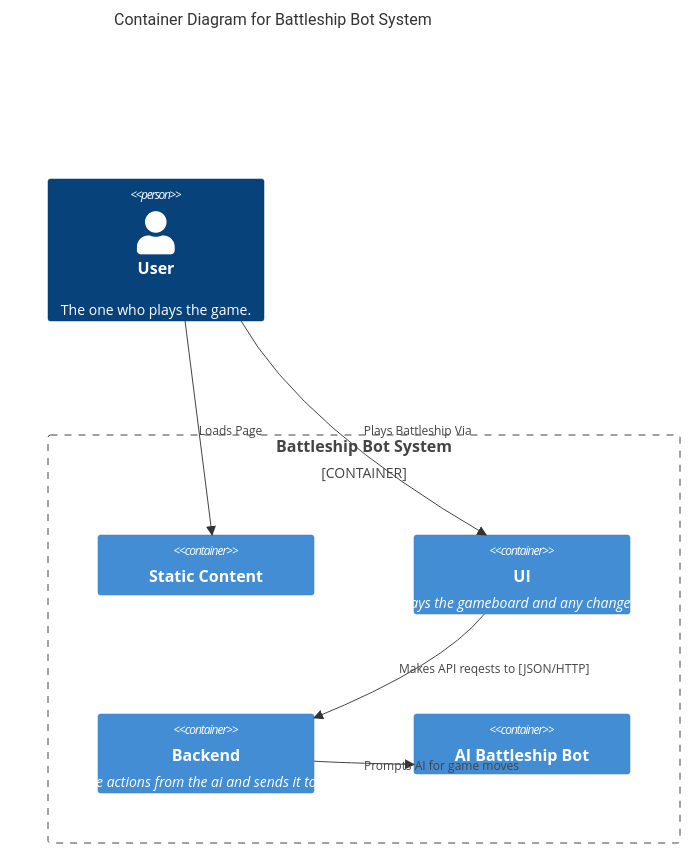
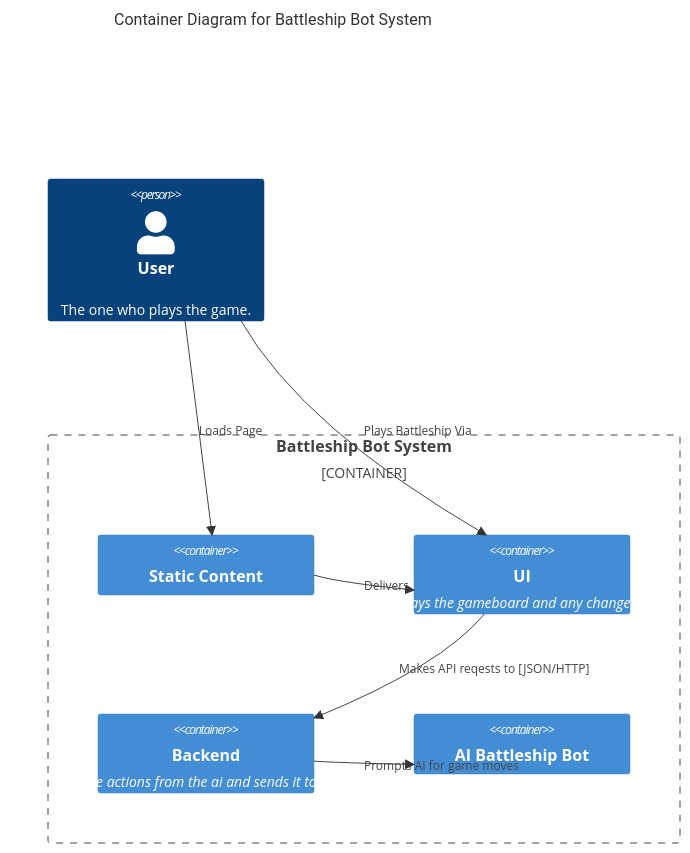
Before and after one commit to Voidyll/Battleship-Bot: the diagram in docs/architecture/container.md, drawn with Mermaid.

Commit message:
Add Static/UI Relationship

````diff
--- a/docs/architecture/container.md
+++ b/docs/architecture/container.md
@@ -1,18 +1,19 @@
 ``` mermaid
     C4Container
         title Container Diagram for Battleship Bot System
 
         Person(user, "User", "The one who plays the game.")
 
         Container_Boundary(battlship_system, "Battleship Bot System"){
             Container(static, "Static Content")
             Container(ui, "UI", "Displays the gameboard and any changes to it")
             Container(backend, "Backend", "Handles game actions from the ai and sends it to the frontend")
             Container(ai, "AI Battleship Bot")
         }
 
         Rel(user, static, "Loads Page")
         Rel(user, ui, "Plays Battleship Via")
         Rel(ui, backend, "Makes API reqests to [JSON/HTTP]")
         Rel(backend, ai, "Prompts AI for game moves")
+        Rel(static, ui, "Delivers")
 ```
````
